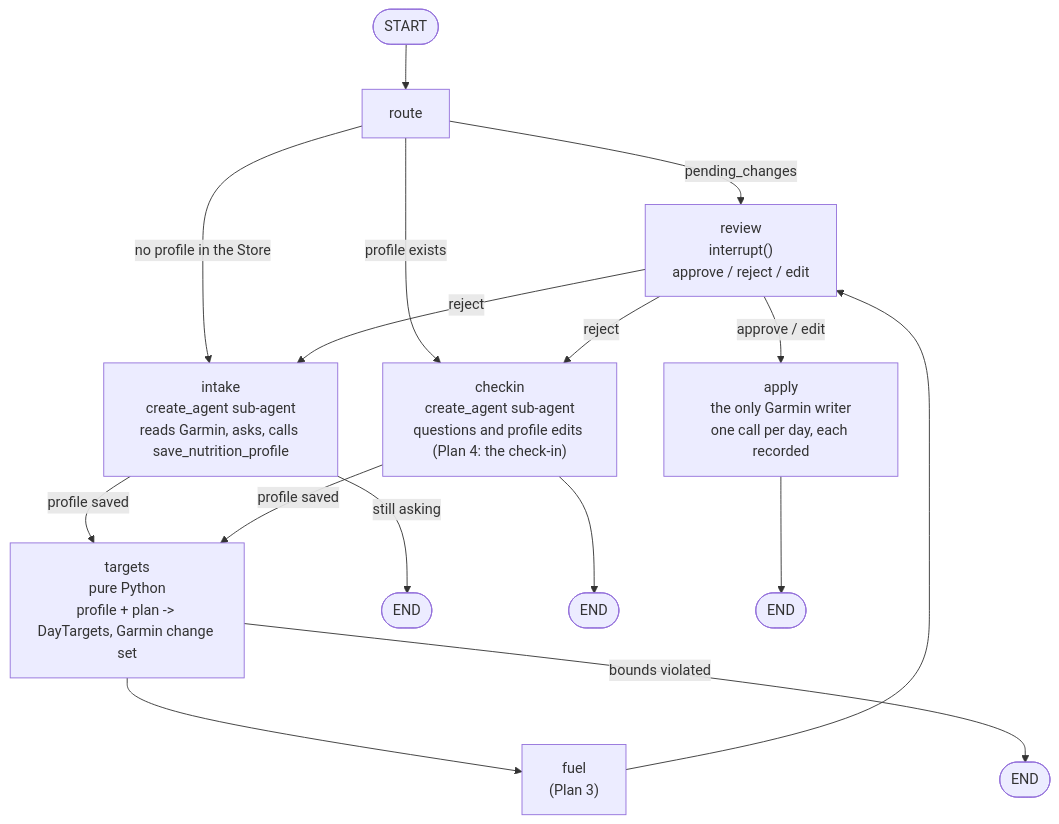
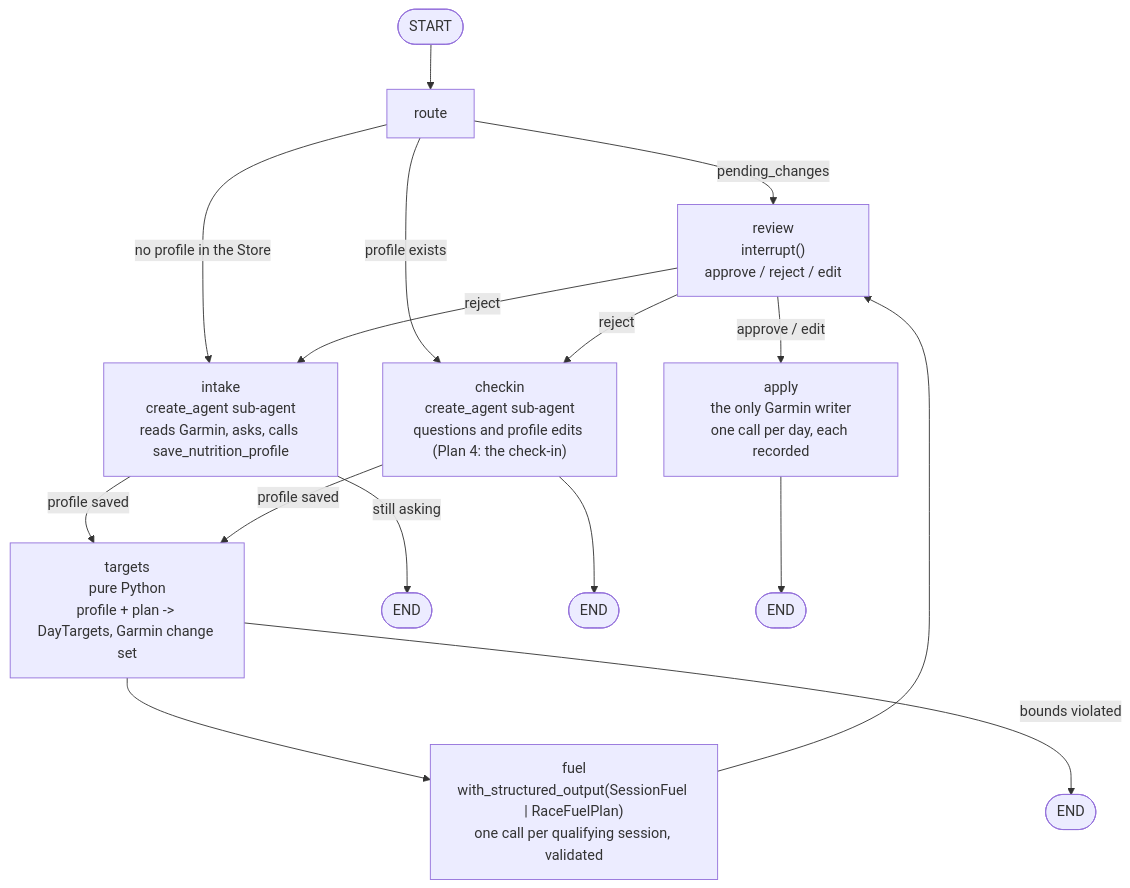
The diagram in packages/tri-nutrition/README.md (paradigmbrian/triathlon-agent), drawn with Mermaid before and after one commit. The commit also changed other lines of this file and 3 other files, not shown here.

````diff
--- a/packages/tri-nutrition/README.md
+++ b/packages/tri-nutrition/README.md
@@ -48,24 +48,24 @@
 ```mermaid
 flowchart TD
     START([START]) --> route
     route -->|pending_changes| review
     route -->|no profile in the Store| intake
     route -->|profile exists| checkin
     intake["intake\ncreate_agent sub-agent\nreads Garmin, asks, calls save_nutrition_profile"]
     checkin["checkin\ncreate_agent sub-agent\nquestions and profile edits (Plan 4: the check-in)"]
     targets["targets\npure Python\nprofile + plan -> DayTargets, Garmin change set"]
-    fuel["fuel\n(Plan 3)"]
+    fuel["fuel\nwith_structured_output(SessionFuel | RaceFuelPlan)\none call per qualifying session, validated"]
     review["review\ninterrupt()\napprove / reject / edit"]
     apply["apply\nthe only Garmin writer\none call per day, each recorded"]
     intake -->|profile saved| targets
     intake -->|still asking| END1([END])
     checkin -->|profile saved| targets
     checkin --> END2([END])
     targets --> fuel
     targets -->|bounds violated| END3([END])
     fuel --> review
     review -->|approve / edit| apply
     review -->|reject| intake
     review -->|reject| checkin
     apply --> END4([END])
 ```
````
